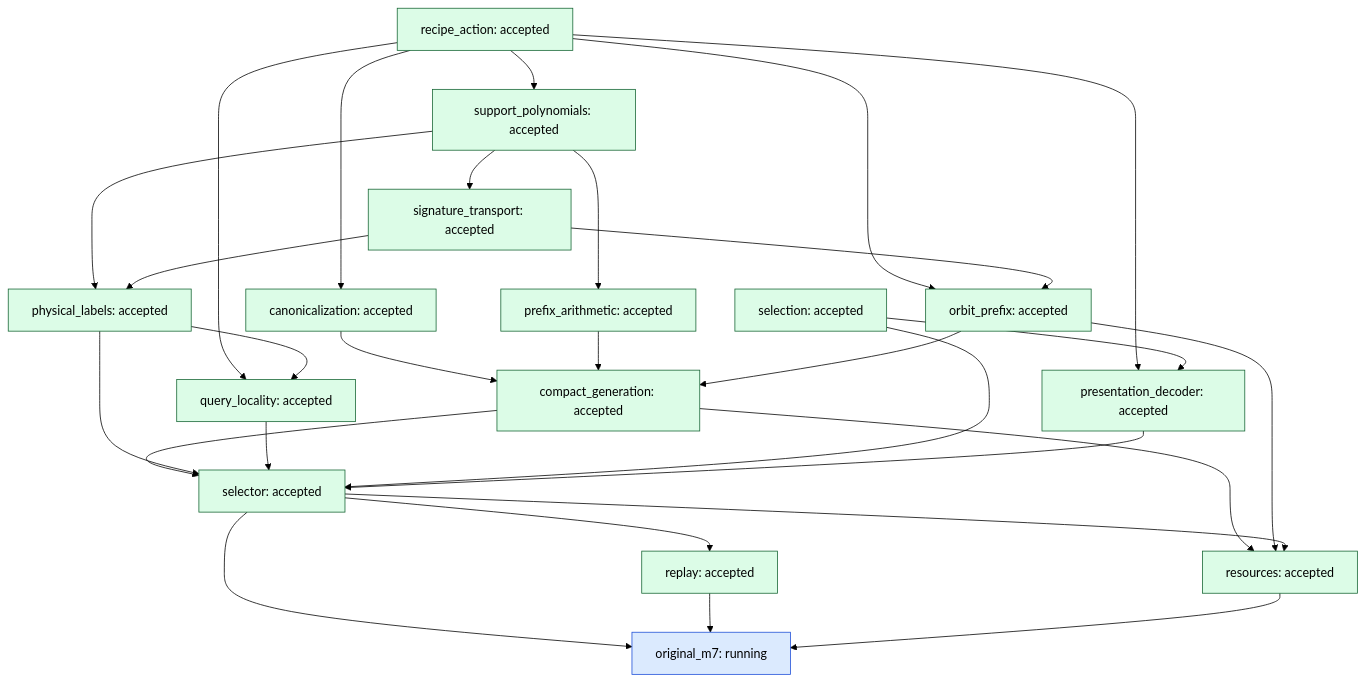
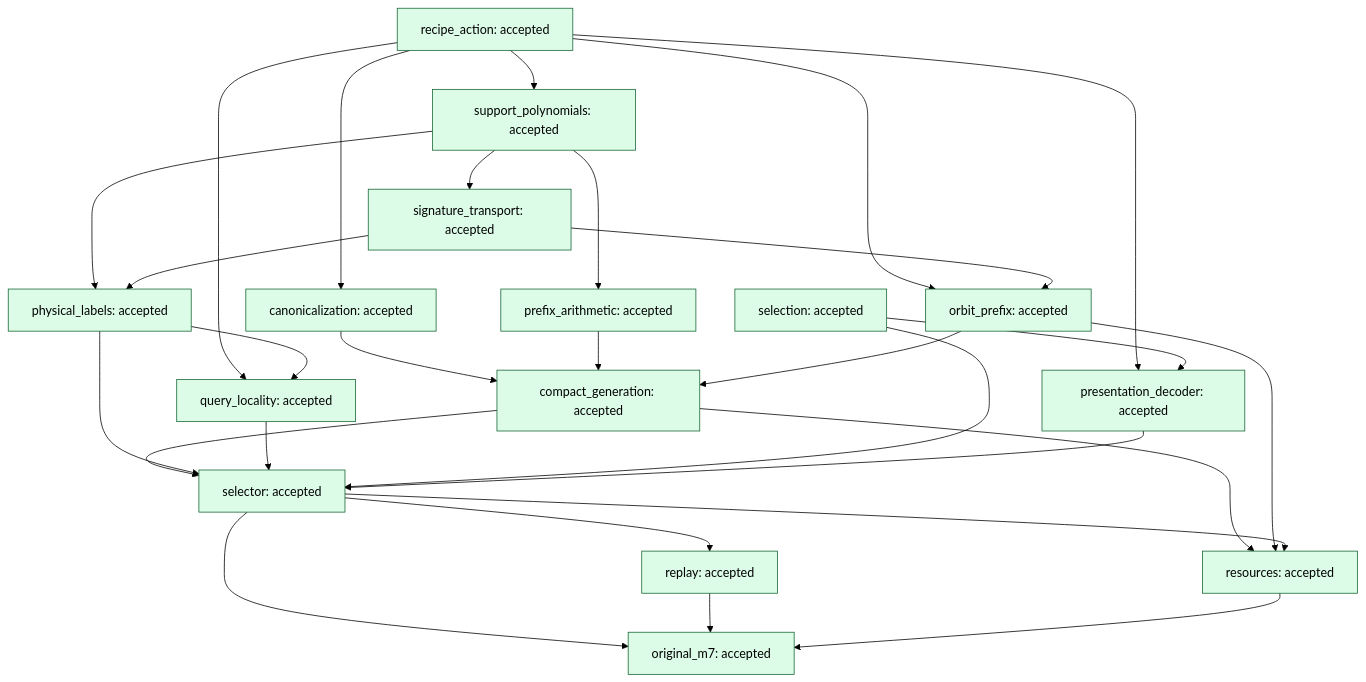
One commit to humanfia/science-mango changed the diagram in pipelines/quantum_formalize/examples/m7/GRAPH.md. Above: the diagram before and after it, drawn with Mermaid (forest theme). The commit also changed other lines of this file and 189 other files, not shown here.

````diff
--- a/pipelines/quantum_formalize/examples/m7/GRAPH.md
+++ b/pipelines/quantum_formalize/examples/m7/GRAPH.md
@@ -5,50 +5,50 @@
 ```mermaid
 flowchart TD
     selection["selection: accepted"]:::accepted
     recipe_action["recipe_action: accepted"]:::accepted
     support_polynomials["support_polynomials: accepted"]:::accepted
     recipe_action --> support_polynomials
     signature_transport["signature_transport: accepted"]:::accepted
     support_polynomials --> signature_transport
     canonicalization["canonicalization: accepted"]:::accepted
     recipe_action --> canonicalization
     prefix_arithmetic["prefix_arithmetic: accepted"]:::accepted
     support_polynomials --> prefix_arithmetic
     orbit_prefix["orbit_prefix: accepted"]:::accepted
     recipe_action --> orbit_prefix
     signature_transport --> orbit_prefix
     compact_generation["compact_generation: accepted"]:::accepted
     canonicalization --> compact_generation
     prefix_arithmetic --> compact_generation
     orbit_prefix --> compact_generation
     physical_labels["physical_labels: accepted"]:::accepted
     support_polynomials --> physical_labels
     signature_transport --> physical_labels
     query_locality["query_locality: accepted"]:::accepted
     recipe_action --> query_locality
     physical_labels --> query_locality
     presentation_decoder["presentation_decoder: accepted"]:::accepted
     recipe_action --> presentation_decoder
     selection --> presentation_decoder
     selector["selector: accepted"]:::accepted
     compact_generation --> selector
     physical_labels --> selector
     query_locality --> selector
     selection --> selector
     presentation_decoder --> selector
     replay["replay: accepted"]:::accepted
     selector --> replay
     resources["resources: accepted"]:::accepted
     compact_generation --> resources
     orbit_prefix --> resources
     selector --> resources
-    original_m7["original_m7: running"]:::running
+    original_m7["original_m7: accepted"]:::accepted
     selector --> original_m7
     replay --> original_m7
     resources --> original_m7
     classDef accepted fill:#dcfce7,stroke:#166534
     classDef running fill:#dbeafe,stroke:#1d4ed8
     classDef planned fill:#f3f4f6,stroke:#6b7280,stroke-dasharray:5 5
     classDef failed fill:#fee2e2,stroke:#991b1b
     classDef blocked fill:#ffedd5,stroke:#9a3412
 ```
````
